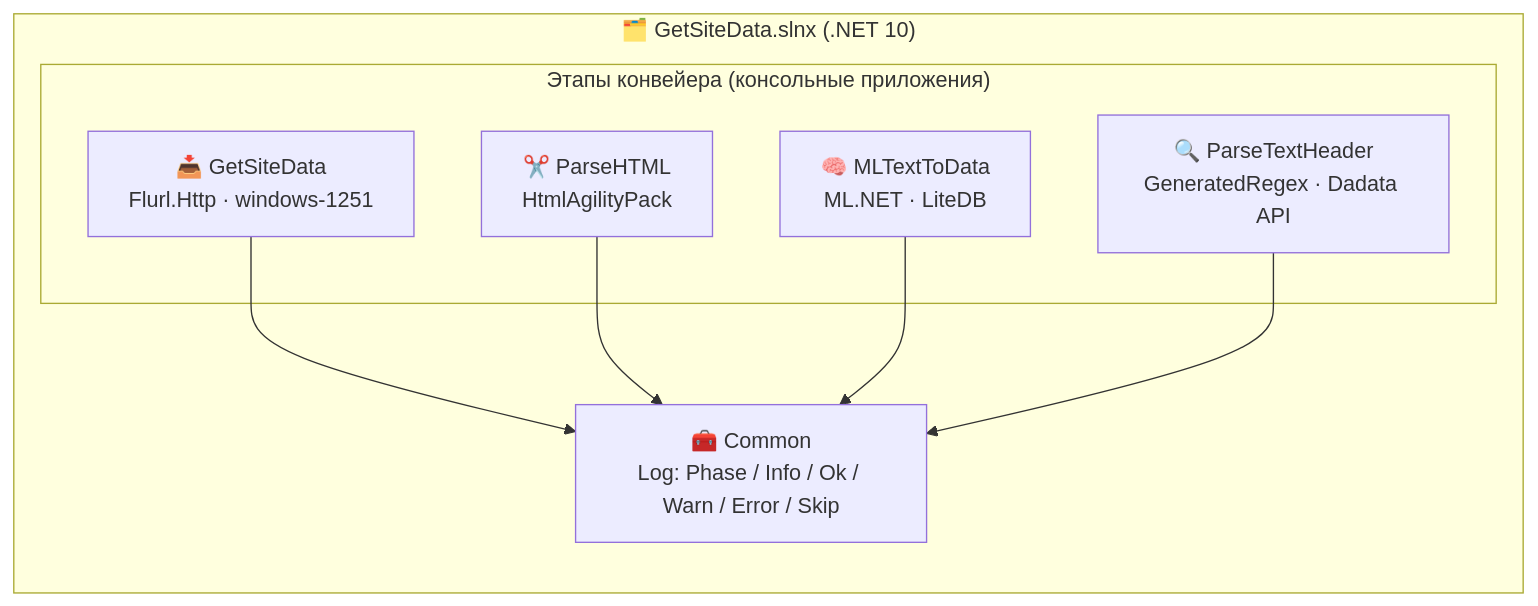
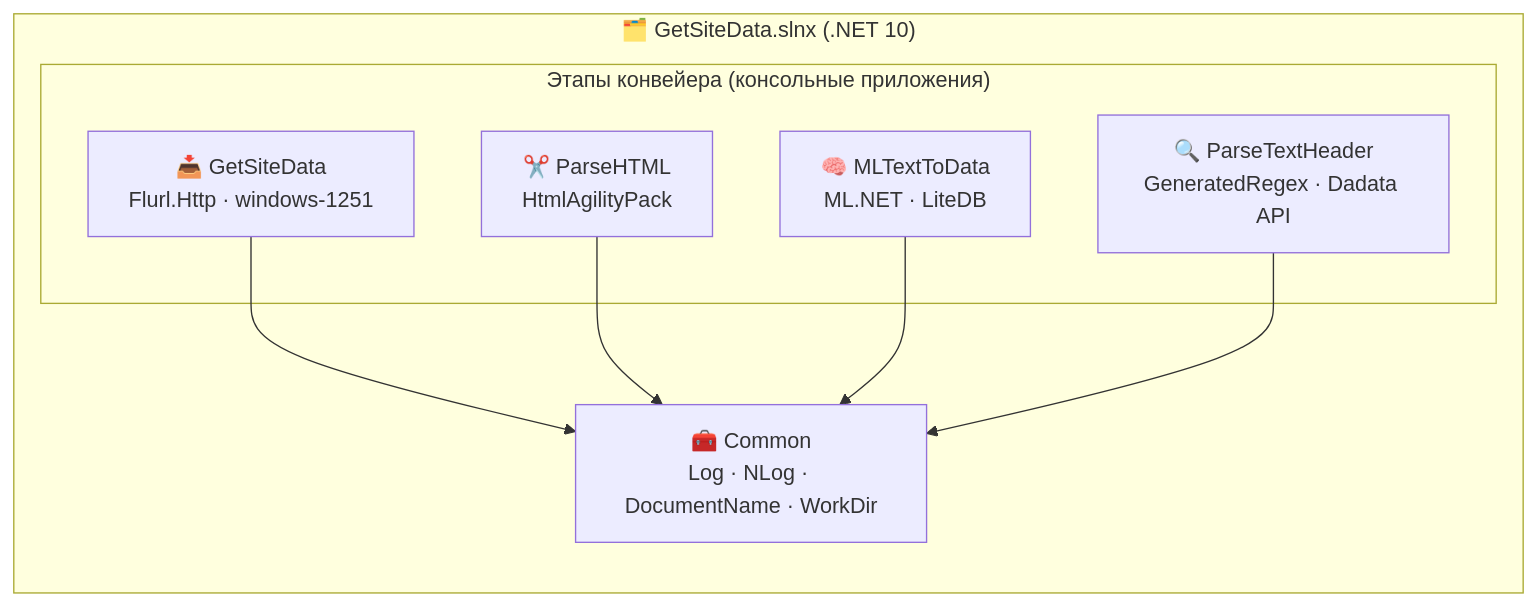
Before and after one commit to akprof2000/Get-data-from-fp.crc.ru: the second of 5 diagrams in README.md, drawn with Mermaid. The commit also changed other lines of this file, not shown here.

````diff
--- a/README.md
+++ b/README.md
@@ -36,17 +36,17 @@
 ```mermaid
 flowchart TB
     subgraph Solution["🗂️ GetSiteData.slnx (.NET 10)"]
         direction TB
         subgraph Stages["Этапы конвейера (консольные приложения)"]
             GSD[📥 GetSiteData<br>Flurl.Http · windows-1251]
             PH[✂️ ParseHTML<br>HtmlAgilityPack]
             ML[🧠 MLTextToData<br>ML.NET · LiteDB]
             PTH[🔍 ParseTextHeader<br>GeneratedRegex · Dadata API]
         end
-        CMN[🧰 Common<br>Log: Phase / Info / Ok / Warn / Error / Skip]
+        CMN[🧰 Common<br>Log · NLog · DocumentName · WorkDir]
         GSD --> CMN
         PH --> CMN
         ML --> CMN
         PTH --> CMN
     end
 ```
````
